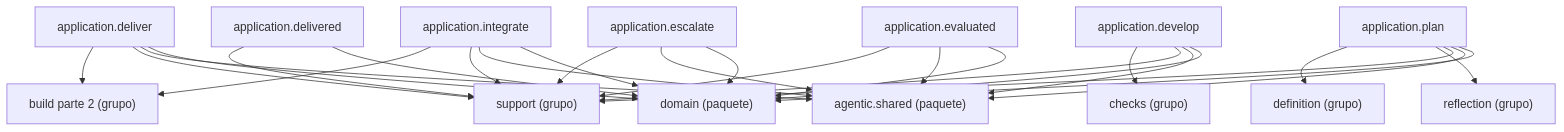
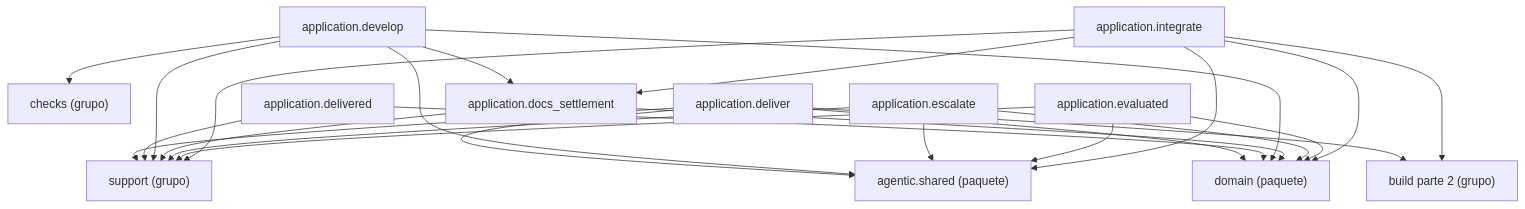
Before and after one commit to GonzaloZevallos/agentic-system: the diagram in docs/architecture/generated/packages-process-application-build-1.md, drawn with Mermaid. The commit also changed 6 other files, not shown here.

````diff
--- a/docs/architecture/generated/packages-process-application-build-1.md
+++ b/docs/architecture/generated/packages-process-application-build-1.md
@@ -16,42 +16,39 @@
 ```mermaid
 graph TD
     g_application__build__2["build parte 2 (grupo)"]
     g_application__checks["checks (grupo)"]
-    g_application__definition["definition (grupo)"]
-    g_application__reflection["reflection (grupo)"]
     g_application__support["support (grupo)"]
     g_pkg__agentic__shared["agentic.shared (paquete)"]
     g_pkg__domain["domain (paquete)"]
     m_application__deliver["application.deliver"]
     m_application__delivered["application.delivered"]
     m_application__develop["application.develop"]
+    m_application__docs_settlement["application.docs_settlement"]
     m_application__escalate["application.escalate"]
     m_application__evaluated["application.evaluated"]
     m_application__integrate["application.integrate"]
-    m_application__plan["application.plan"]
     m_application__deliver --> g_application__build__2
     m_application__deliver --> g_application__support
     m_application__deliver --> g_pkg__agentic__shared
     m_application__deliver --> g_pkg__domain
     m_application__delivered --> g_application__support
     m_application__delivered --> g_pkg__domain
     m_application__develop --> g_application__checks
     m_application__develop --> g_application__support
     m_application__develop --> g_pkg__agentic__shared
     m_application__develop --> g_pkg__domain
+    m_application__develop --> m_application__docs_settlement
+    m_application__docs_settlement --> g_application__support
+    m_application__docs_settlement --> g_pkg__domain
     m_application__escalate --> g_application__support
     m_application__escalate --> g_pkg__agentic__shared
     m_application__escalate --> g_pkg__domain
     m_application__evaluated --> g_application__support
     m_application__evaluated --> g_pkg__agentic__shared
     m_application__evaluated --> g_pkg__domain
     m_application__integrate --> g_application__build__2
     m_application__integrate --> g_application__support
     m_application__integrate --> g_pkg__agentic__shared
     m_application__integrate --> g_pkg__domain
-    m_application__plan --> g_application__definition
-    m_application__plan --> g_application__reflection
-    m_application__plan --> g_application__support
-    m_application__plan --> g_pkg__agentic__shared
-    m_application__plan --> g_pkg__domain
+    m_application__integrate --> m_application__docs_settlement
 ```
````
